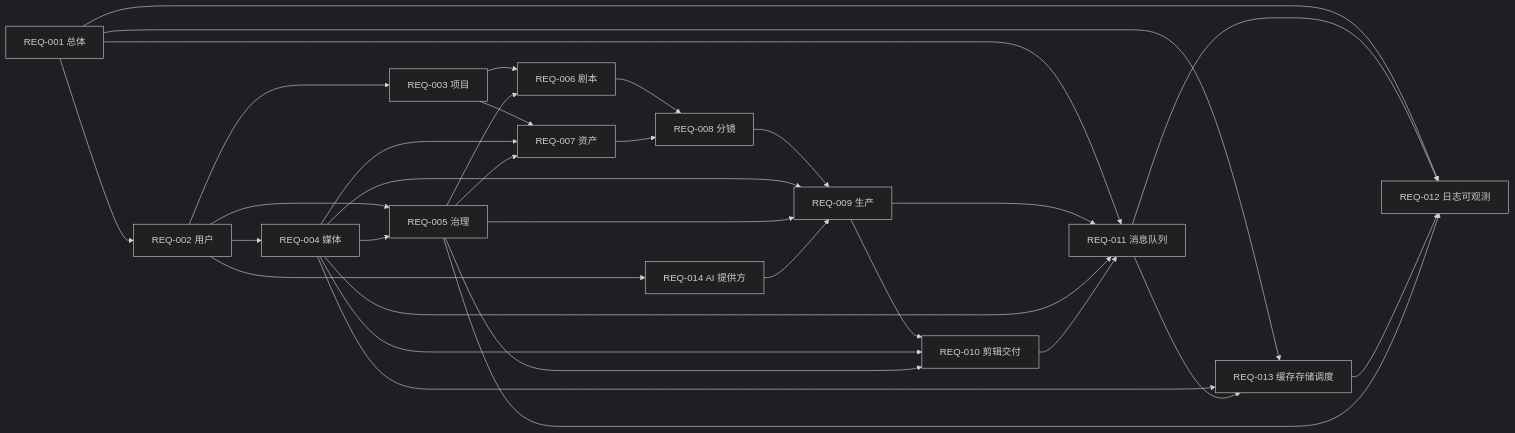
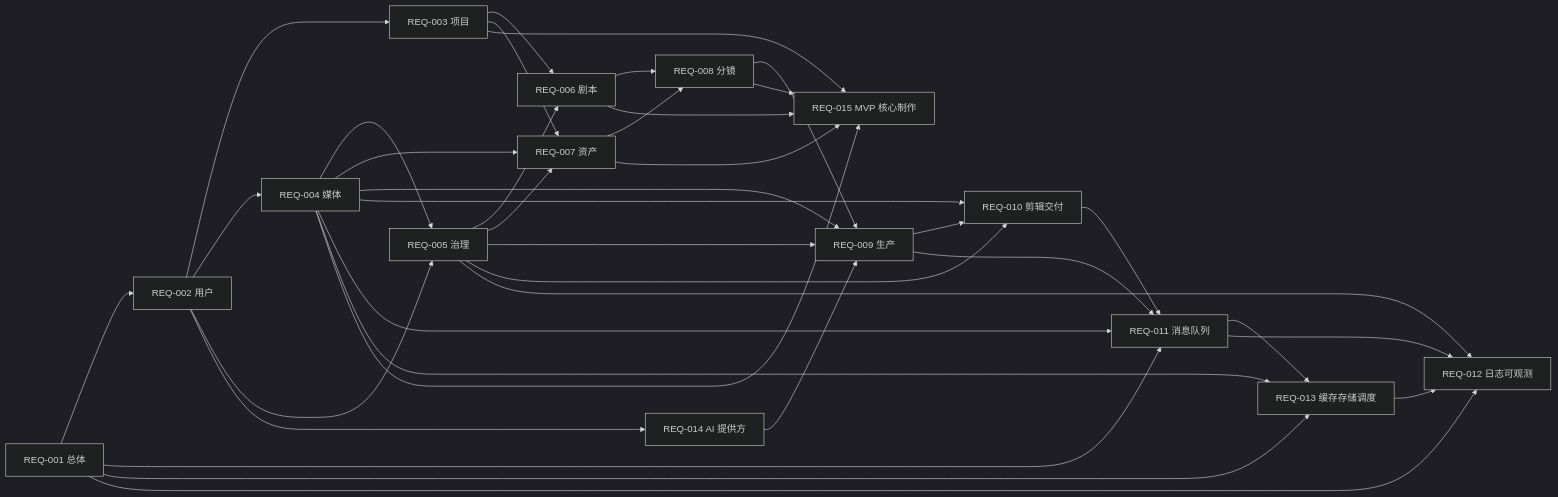
Before and after one commit to StephenQiu30/lanverse: the diagram in docs/requirement/README.md, drawn with Mermaid (dark theme). The commit also changed other lines of this file and 14 other files, not shown here.

````diff
--- a/docs/requirement/README.md
+++ b/docs/requirement/README.md
@@ -32,30 +35,35 @@
 ```mermaid
 flowchart LR
     O[REQ-001 总体] --> I[REQ-002 用户]
     I --> P[REQ-003 项目] & M[REQ-004 媒体] & G[REQ-005 治理]
     M --> G
     P --> S[REQ-006 剧本] & A[REQ-007 资产]
     M --> A
     G --> S & A
     S --> B[REQ-008 分镜]
     A --> B
     B --> R[REQ-009 生产]
     M --> R
     G --> R
     I --> C[REQ-014 AI 提供方]
     C --> R
     R --> E[REQ-010 剪辑交付]
     M --> E
     G --> E
     O --> Q
     R --> Q[REQ-011 消息队列]
     M --> Q
     E --> Q
     O --> F
     M --> F
     Q --> F[REQ-013 缓存存储调度]
     O --> L
     Q --> L[REQ-012 日志可观测]
     F --> L
     G --> L
+    P --> V[REQ-015 MVP 核心制作]
+    S --> V
+    A --> V
+    B --> V
+    M --> V
 ```
````
